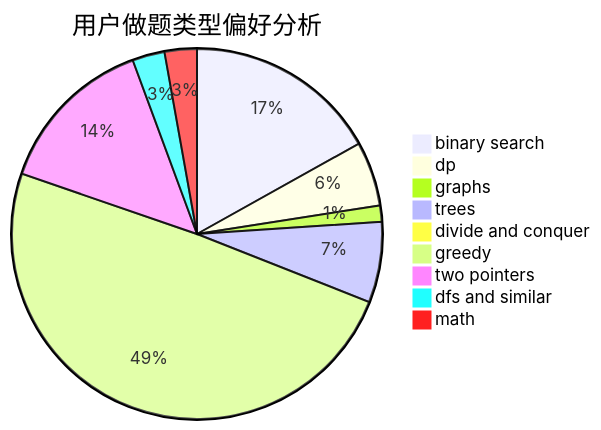
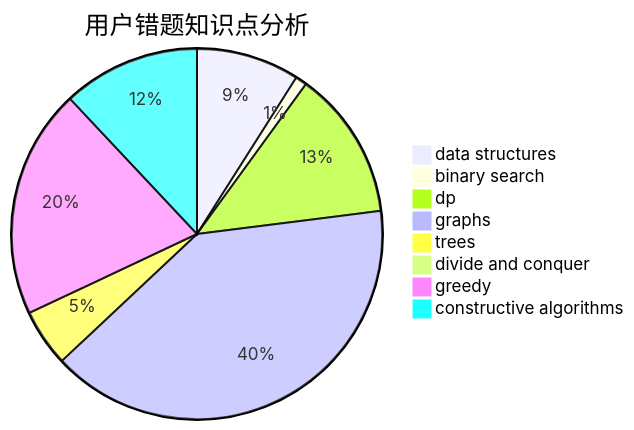
Before and after one commit to sherpahu/cfrs.github.io: the third of 3 diagrams in docs/user/u2478.md, drawn with Mermaid. The commit also changed other lines of this file and 2775 other files, not shown here.

````diff
--- a/docs/user/u2478.md
+++ b/docs/user/u2478.md
@@ -23,12 +36,11 @@
 ```mermaid
-pie title 用户做题类型偏好分析
-    "binary search" :  12
-    "dp" :  4
-    "graphs" :  1
+pie title 用户错题知识点分析
+    "data structures" :  9
+    "binary search" :  1
+    "dp" :  13
+    "graphs" :  40
     "trees" :  5
     "divide and conquer" :  0
-    "greedy" :  35
-    "two pointers" :  10
-    "dfs and similar" :  2
-    "math" :  2
+    "greedy" :  20
+    "constructive algorithms" :  12
 ```
````
